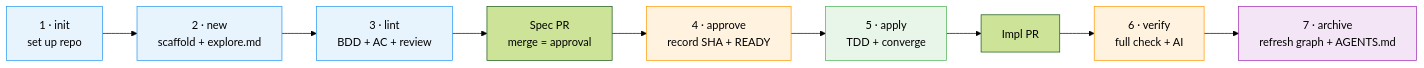
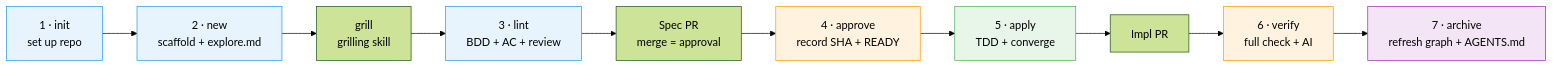
The second of 3 diagrams in README.md (akjamie/agentic-sdlc), drawn with Mermaid (forest theme) before and after one commit. The commit also changed other lines of this file and 5 other files, not shown here.

````diff
--- a/README.md
+++ b/README.md
@@ -66,19 +117,16 @@
 ```mermaid
 flowchart LR
     S1["1 · init<br/>set up repo"] --> S2["2 · new<br/>scaffold + explore.md"]
-    S2 --> S3["3 · lint<br/>BDD + AC + review"]
-    S3 --> PR["Spec PR<br/>merge = approval"]
-    PR --> S4["4 · approve<br/>record SHA + READY"]
-    S4 --> S5["5 · apply<br/>TDD + converge"]
-    S5 --> PR2["Impl PR"]
-    PR2 --> S6["6 · verify<br/>full check + AI"]
-    S6 --> S7["7 · archive<br/>refresh graph + AGENTS.md"]
+    S2 --> G["grill<br/>grilling skill"] --> S3["3 · lint<br/>BDD + AC + review"]
+    S3 --> PR["Spec PR<br/>merge = approval"] --> S4["4 · approve<br/>record SHA + READY"]
+    S4 --> S5["5 · apply<br/>TDD + converge"] --> PR2["Impl PR"]
+    PR2 --> S6["6 · verify<br/>full check + AI"] --> S7["7 · archive<br/>refresh graph + AGENTS.md"]
 
     style S1 fill:#e8f4fd,stroke:#2196f3
     style S2 fill:#e8f4fd,stroke:#2196f3
     style S3 fill:#e8f4fd,stroke:#2196f3
     style S4 fill:#fff3e0,stroke:#ff9800
     style S5 fill:#e8f5e9,stroke:#4caf50
     style S6 fill:#fff3e0,stroke:#ff9800
     style S7 fill:#f3e5f5,stroke:#9c27b0
 ```
````
